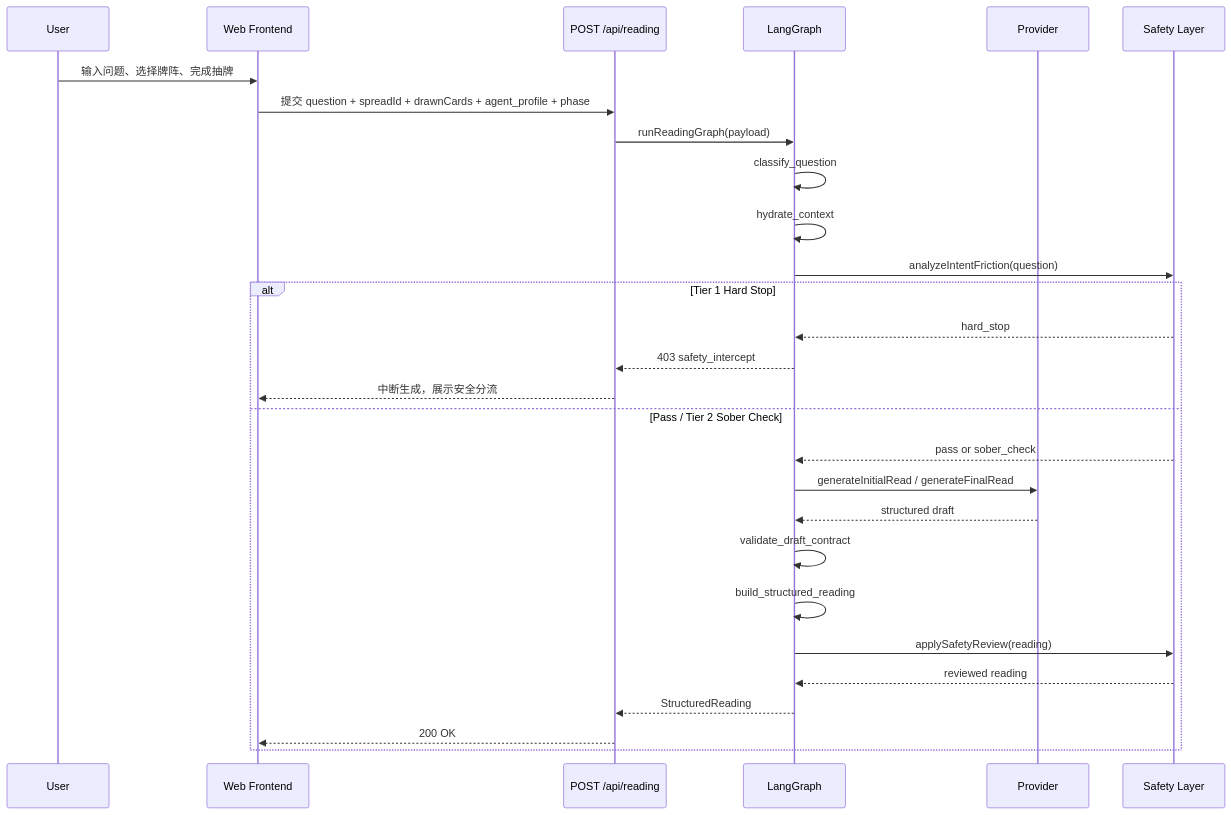
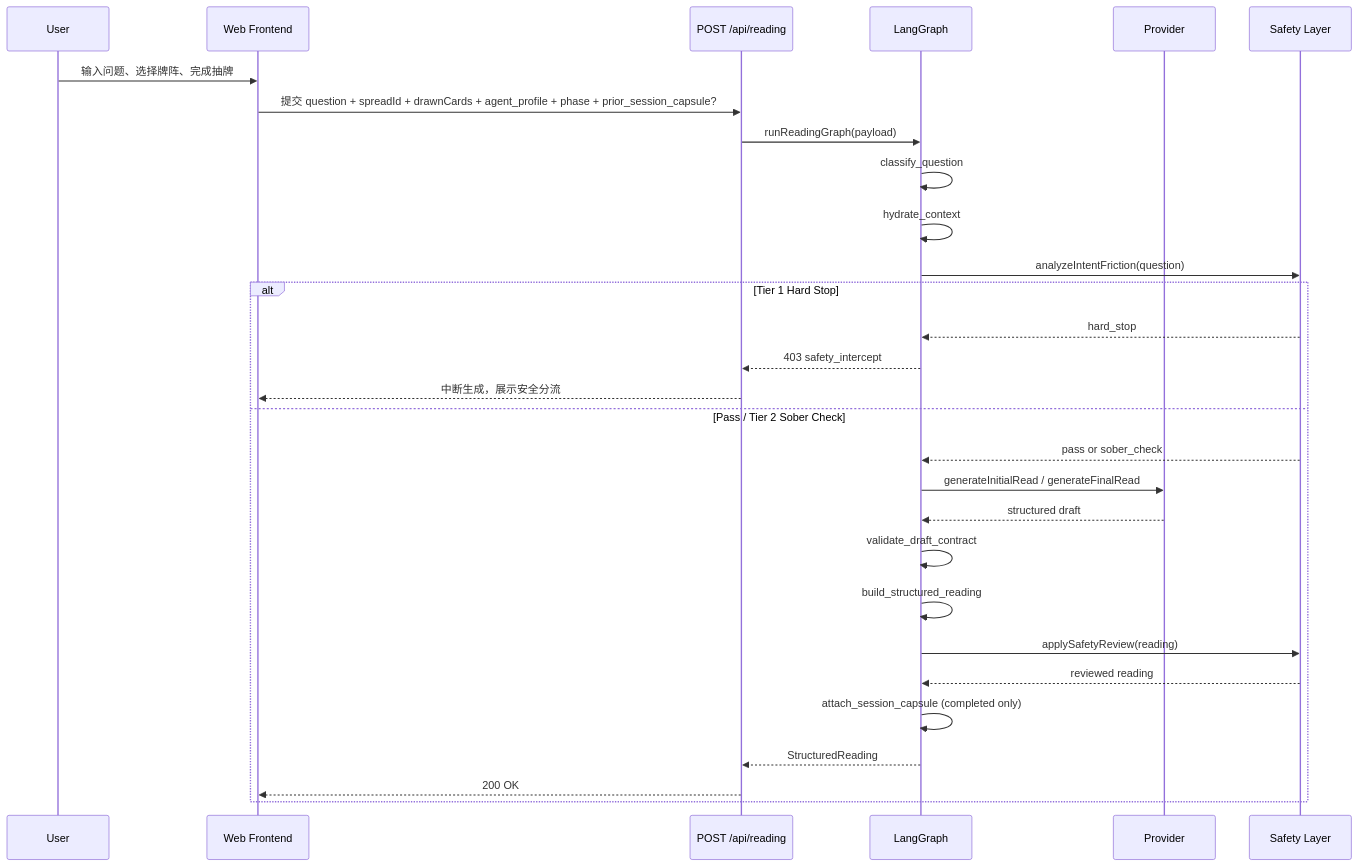
One commit to A1S4kuR4/AetherTarot changed the second of 2 diagrams in docs/30-agent/langgraph-reading-workflow.md. Above: the diagram before and after it, drawn with Mermaid. The commit also changed other lines of this file and 22 other files, not shown here.

````diff
--- a/docs/30-agent/langgraph-reading-workflow.md
+++ b/docs/30-agent/langgraph-reading-workflow.md
@@ -120,31 +122,32 @@
 ```mermaid
 sequenceDiagram
     participant U as User
     participant FE as Web Frontend
     participant API as POST /api/reading
     participant G as LangGraph
     participant P as Provider
     participant S as Safety Layer
 
     U->>FE: 输入问题、选择牌阵、完成抽牌
-    FE->>API: 提交 question + spreadId + drawnCards + agent_profile + phase
+    FE->>API: 提交 question + spreadId + drawnCards + agent_profile + phase + prior_session_capsule?
     API->>G: runReadingGraph(payload)
     G->>G: classify_question
     G->>G: hydrate_context
     G->>S: analyzeIntentFriction(question)
     alt Tier 1 Hard Stop
         S-->>G: hard_stop
         G-->>API: 403 safety_intercept
         API-->>FE: 中断生成，展示安全分流
     else Pass / Tier 2 Sober Check
         S-->>G: pass or sober_check
         G->>P: generateInitialRead / generateFinalRead
         P-->>G: structured draft
         G->>G: validate_draft_contract
         G->>G: build_structured_reading
         G->>S: applySafetyReview(reading)
         S-->>G: reviewed reading
+        G->>G: attach_session_capsule (completed only)
         G-->>API: StructuredReading
         API-->>FE: 200 OK
     end
 ```
````
